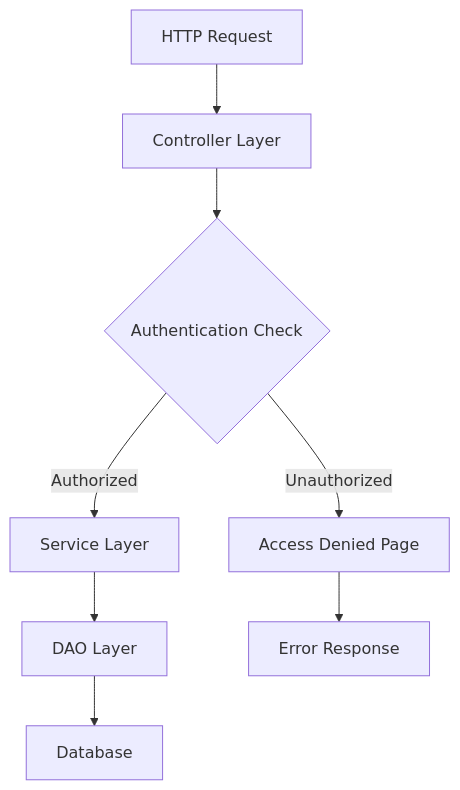
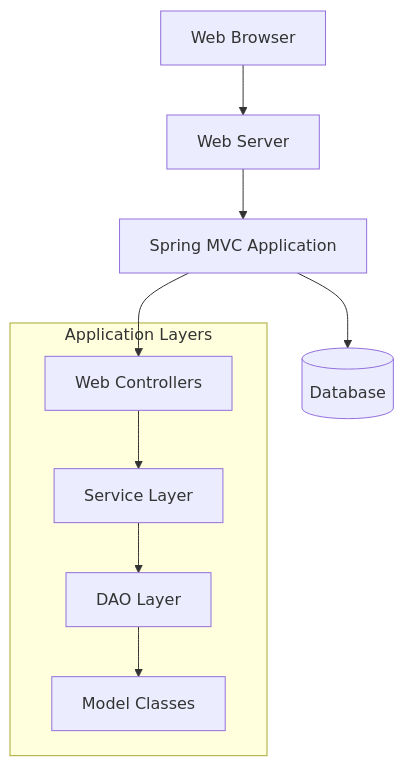
One commit to karthikv2206/ECommerce changed the seventh of 7 diagrams in .kiro/steering/architecture.md. Above: the diagram before and after it, drawn with Mermaid. The commit also changed other lines of this file and 7 other files, not shown here.

````diff
--- a/.kiro/steering/architecture.md
+++ b/.kiro/steering/architecture.md
@@ -1163,10 +688,18 @@
 ```mermaid
-flowchart TD
-    A[HTTP Request] --> B[Controller Layer]
-    B --> C{Authentication Check}
-    C -->|Authorized| D[Service Layer]
-    C -->|Unauthorized| E[Access Denied Page]
-    D --> F[DAO Layer]
-    F --> G[Database]
-    E --> H[Error Response]
+graph TB
+    Client[Web Browser] --> WebServer[Web Server]
+    WebServer --> App[Spring MVC Application]
+    App --> DB[(Database)]
+    
+    subgraph "Application Layers"
+        Controller[Web Controllers]
+        Service[Service Layer]
+        DAO[DAO Layer]
+        Model[Model Classes]
+    end
+    
+    App --> Controller
+    Controller --> Service
+    Service --> DAO
+    DAO --> Model
 ```
````
